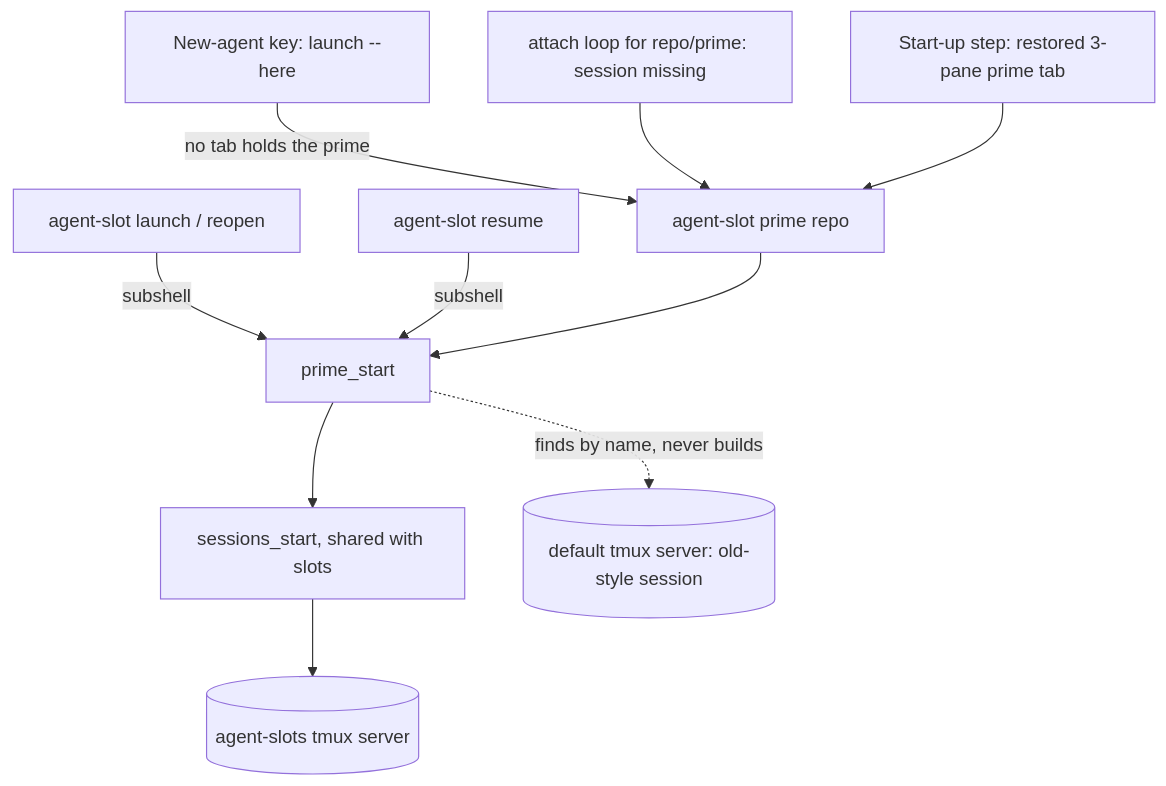
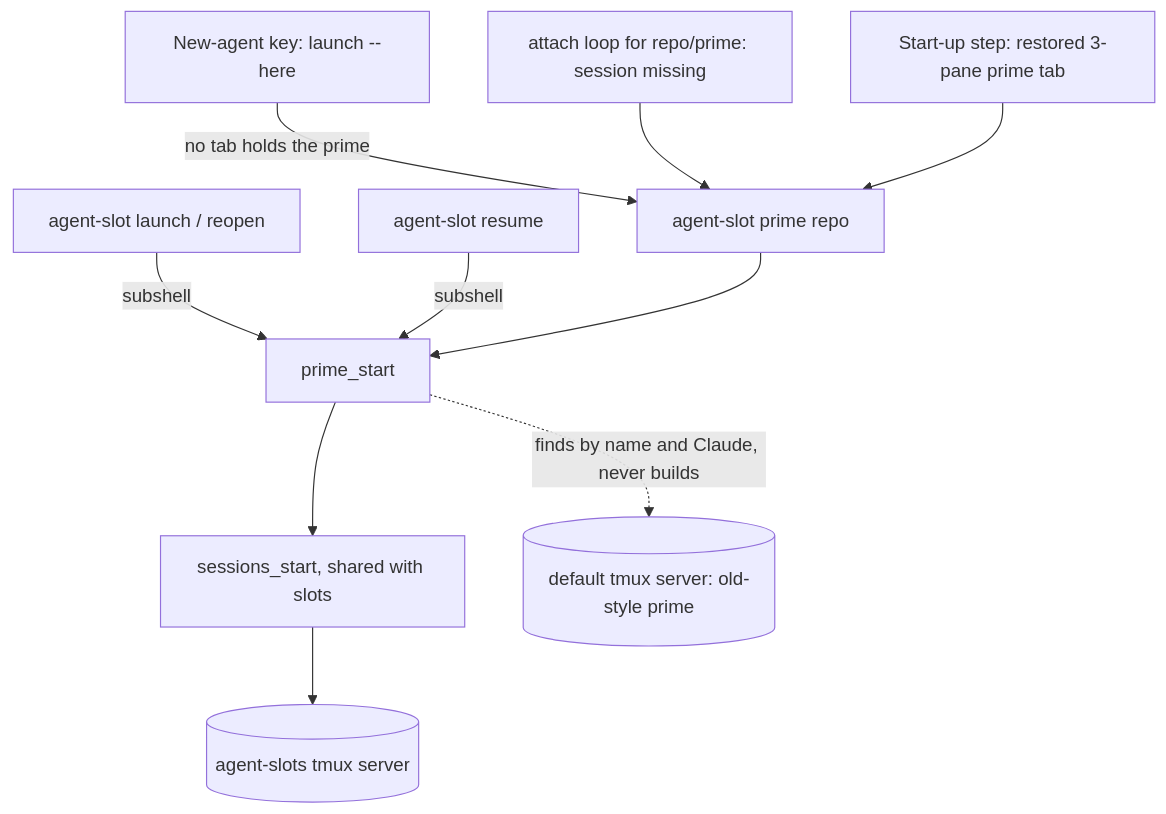
One commit to brettdavies/dotfiles changed the first of 4 diagrams in docs/plans/2026-11-03-2116-feat-prime-as-slot-plan.md. Above: the diagram before and after it, drawn with Mermaid. The commit also changed other lines of this file, not shown here.

First line of the commit message:
docs(plans): record the document review and Brett's answers in the prime plan

````diff
--- a/docs/plans/2026-11-03-2116-feat-prime-as-slot-plan.md
+++ b/docs/plans/2026-11-03-2116-feat-prime-as-slot-plan.md
@@ -300,12 +371,12 @@
 ```mermaid
 flowchart TB
   key[New-agent key: launch --here] -->|no tab holds the prime| verb
   launch[agent-slot launch / reopen] -->|subshell| start_fn
   resume[agent-slot resume] -->|subshell| start_fn
   loop[attach loop for repo/prime: session missing] --> verb
   start[Start-up step: restored 3-pane prime tab] --> verb
   verb[agent-slot prime repo] --> start_fn[prime_start]
   start_fn --> builder[sessions_start, shared with slots]
   builder --> tmux[(agent-slots tmux server)]
-  start_fn -. finds by name, never builds .-> old[(default tmux server: old-style session)]
+  start_fn -. finds by name and Claude, never builds .-> old[(default tmux server: old-style prime)]
 ```
````
